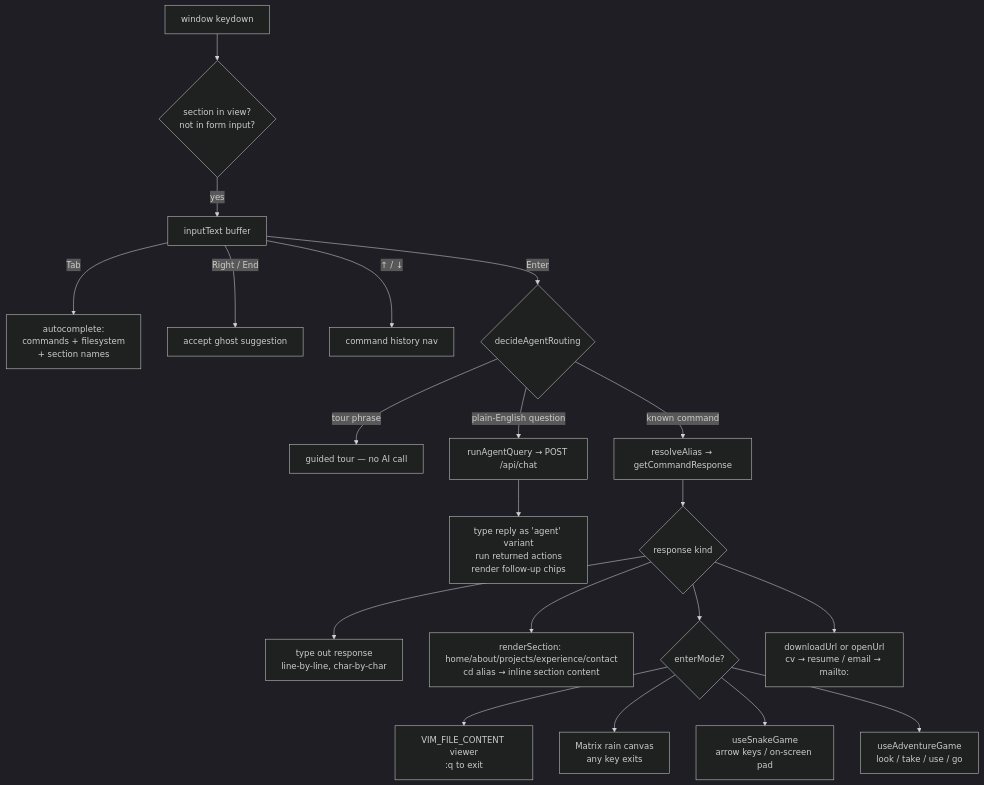
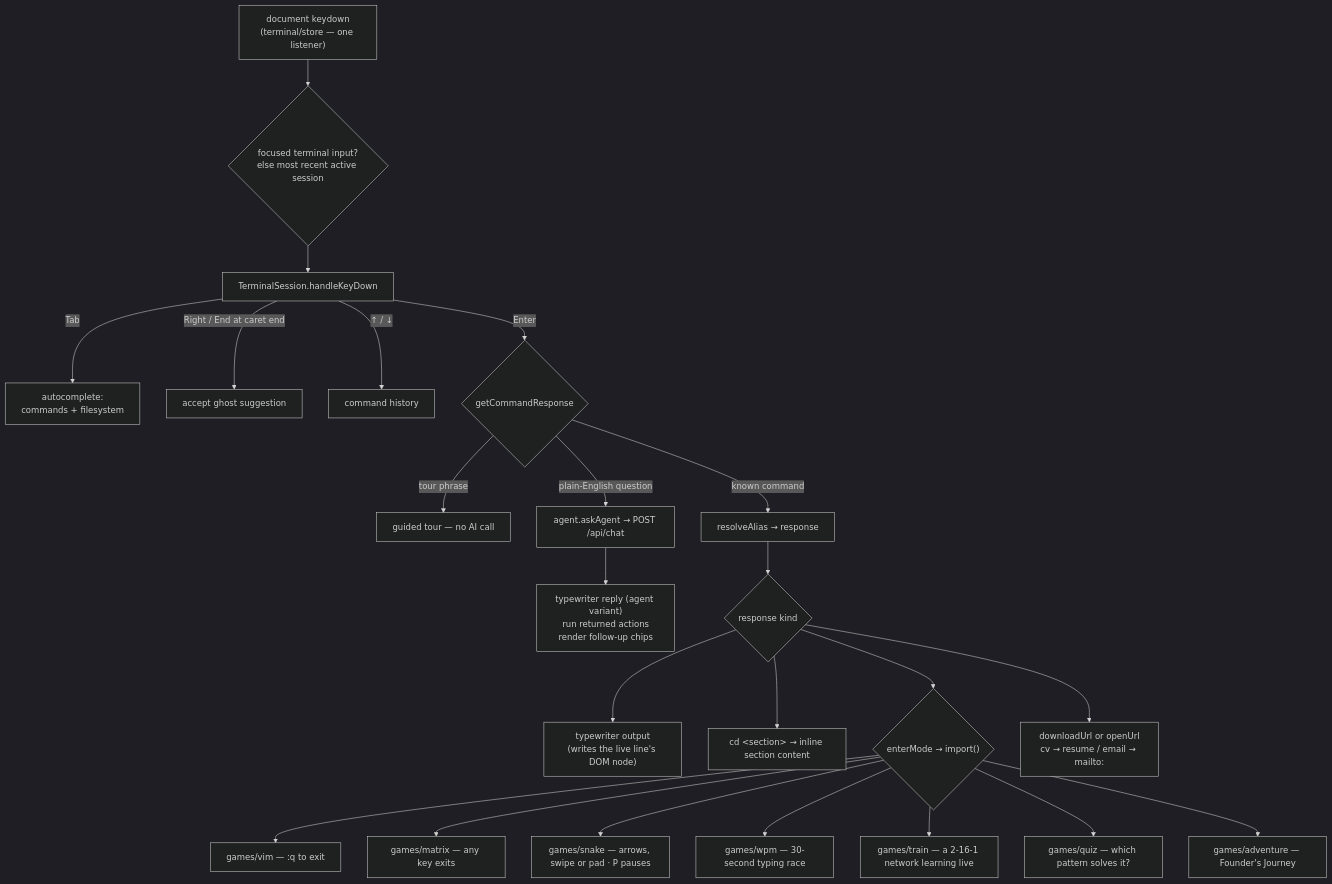
One commit to kudzaiprichard/my-portfolio changed the fifth of 10 diagrams in README.md. Above: the diagram before and after it, drawn with Mermaid (dark theme). The commit also changed other lines of this file and 1 other file, not shown here.

First line of the commit message:
docs: document the Phosphor rework and list remaining follow-ups

````diff
--- a/README.md
+++ b/README.md
@@ -466,25 +519,28 @@
 ```mermaid
 flowchart TD
-    KeyDown[window keydown] --> Filter{section in view?\nnot in form input?}
-    Filter -- yes --> Buffer[inputText buffer]
-    Buffer -->|Tab| AC[autocomplete:\ncommands + filesystem\n+ section names]
-    Buffer -->|Right / End| Ghost[accept ghost suggestion]
-    Buffer -->|↑ / ↓| Hist[command history nav]
-    Buffer -->|Enter| Route{decideAgentRouting}
+    KeyDown["document keydown\n(terminal/store — one listener)"] --> Owner{"focused terminal input?\nelse most recent active session"}
+    Owner --> Session["TerminalSession.handleKeyDown"]
+    Session -->|Tab| AC[autocomplete:\ncommands + filesystem]
+    Session -->|Right / End at caret end| Ghost[accept ghost suggestion]
+    Session -->|↑ / ↓| Hist[command history]
+    Session -->|Enter| Route{getCommandResponse}
 
     Route -->|tour phrase| Tour["guided tour — no AI call"]
-    Route -->|known command| Resolve[resolveAlias → getCommandResponse]
-    Route -->|plain-English question| Agent["runAgentQuery → POST /api/chat"]
+    Route -->|known command| Resolve[resolveAlias → response]
+    Route -->|plain-English question| Agent["agent.askAgent → POST /api/chat"]
 
-    Agent --> Reply["type reply as 'agent' variant\nrun returned actions\nrender follow-up chips"]
+    Agent --> Reply["typewriter reply (agent variant)\nrun returned actions\nrender follow-up chips"]
 
     Resolve --> Branch{response kind}
-    Branch --> Print[type out response\nline-by-line, char-by-char]
-    Branch --> Render["renderSection: home/about/projects/experience/contact\ncd alias → inline section content"]
-    Branch --> Mode{enterMode?}
-    Mode --> Vim["VIM_FILE_CONTENT viewer\n:q to exit"]
-    Mode --> Matrix["Matrix rain canvas\nany key exits"]
-    Mode --> Snake["useSnakeGame\narrow keys / on-screen pad"]
-    Mode --> Adv["useAdventureGame\nlook / take / use / go"]
+    Branch --> Print["typewriter output\n(writes the live line's DOM node)"]
+    Branch --> Render["cd &lt;section&gt; → inline section content"]
+    Branch --> Mode{"enterMode → import()"}
+    Mode --> Vim["games/vim — :q to exit"]
+    Mode --> Matrix["games/matrix — any key exits"]
+    Mode --> Snake["games/snake — arrows, swipe or pad · P pauses"]
+    Mode --> Wpm["games/wpm — 30-second typing race"]
+    Mode --> Train["games/train — a 2-16-1 network learning live"]
+    Mode --> Quiz["games/quiz — which pattern solves it?"]
+    Mode --> Adv["games/adventure — Founder's Journey"]
     Branch --> Side["downloadUrl or openUrl\ncv → resume / email → mailto:"]
 ```
````
